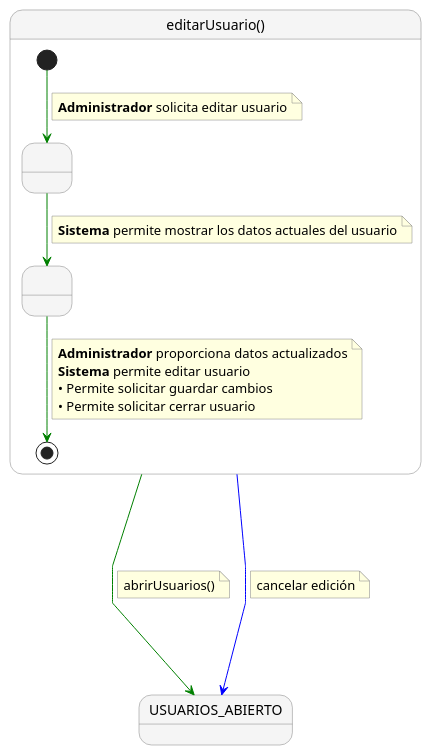
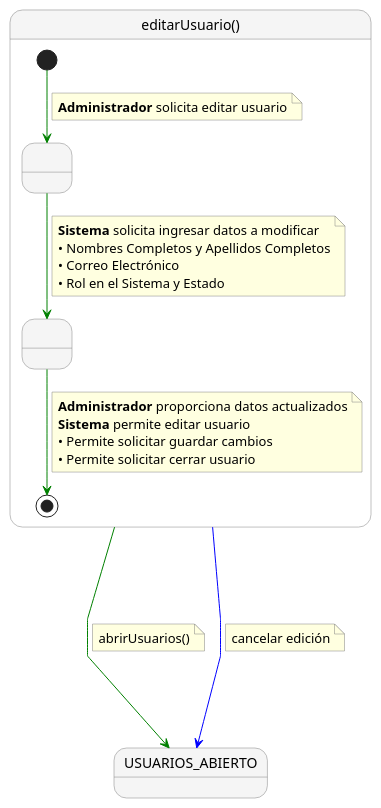
The diagram in documents/CasosDeUso/DetalladoCasosDeUso/Administrador/editarUsuario.puml (enmabry/25-26-IdSw1-SdR), drawn with PlantUML before and after one commit. The commit also changed 72 other files, not shown here.

Commit message:
Cambios cruciales en los casos de uso, su detallado, y se agrego un diagrama de contexto en formato "dashboard"

```diff
--- a/documents/CasosDeUso/DetalladoCasosDeUso/Administrador/editarUsuario.puml
+++ b/documents/CasosDeUso/DetalladoCasosDeUso/Administrador/editarUsuario.puml
@@ -1,47 +1,50 @@
 @startuml
 skinparam nodesep 60
 skinparam ranksep 60
 skinparam linetype polyline
 skinparam NoteBackgroundColor lightyellow
 skinparam NoteBorderColor gray
 skinparam StateBackgroundColor #F5F5F5
 skinparam StateBorderColor gray
 
 state "editarUsuario()" as editarUsuario {
    
     ' Estados anónimos vacíos para simular los pasos
     state " " as Paso1
     state " " as Paso2
    
     [*] -[#green]-> Paso1
     note on link
       <b>Administrador</b> solicita editar usuario
     end note
    
     Paso1 -[#green]-> Paso2
     note on link
-      <b>Sistema</b> permite mostrar los datos actuales del usuario
+      <b>Sistema</b> solicita ingresar datos a modificar
+      • Nombres Completos y Apellidos Completos
+      • Correo Electrónico
+      • Rol en el Sistema y Estado
     end note
    
     Paso2 -[#green]-> [*]
     note on link
       <b>Administrador</b> proporciona datos actualizados
       <b>Sistema</b> permite editar usuario
       • Permite solicitar guardar cambios
       • Permite solicitar cerrar usuario
     end note
 }
 
 
 state "USUARIOS_ABIERTO" as USUARIOS_ABIERTO
 
 editarUsuario -[#green]---> USUARIOS_ABIERTO
 note right on link
   abrirUsuarios()
 end note
 
 editarUsuario -[#blue]---> USUARIOS_ABIERTO
 note right on link
   cancelar edición
 end note
 @enduml
```
